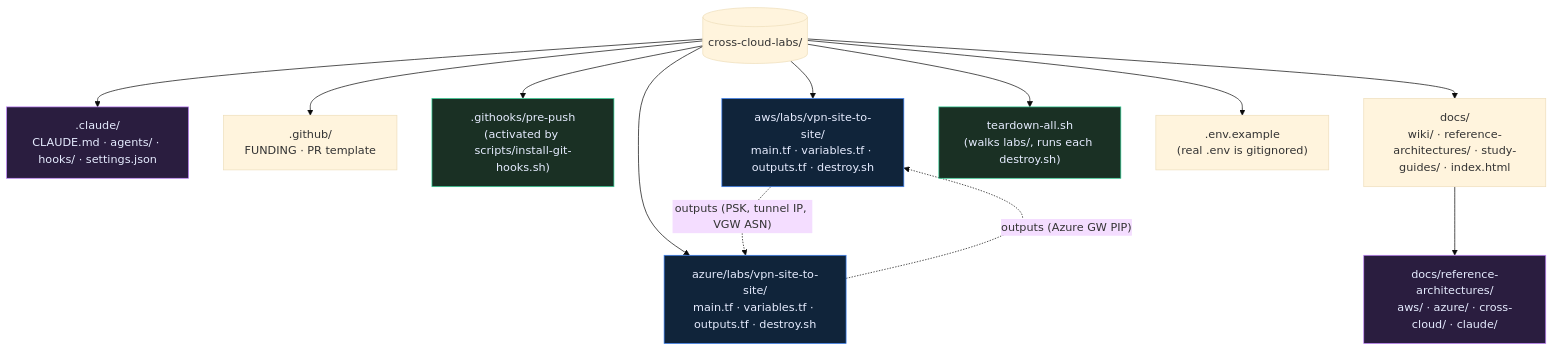
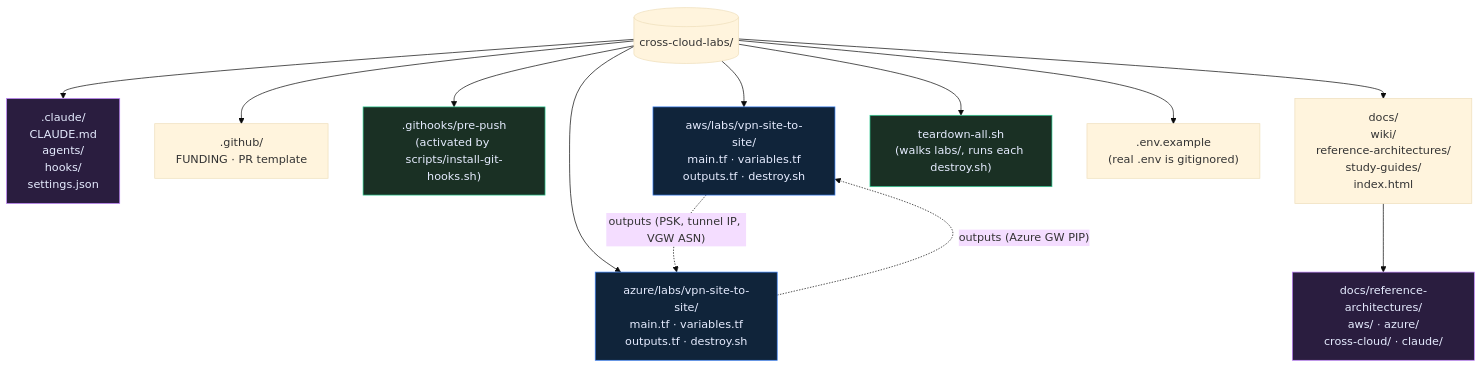
One commit to zanebarker-ops/cross-cloud-labs changed the second of 8 diagrams in README.md. Above: the diagram before and after it, drawn with Mermaid (base theme). The commit also changed other lines of this file and 1 other file, not shown here.

First line of the commit message:
docs: make all 8 diagrams fit their frames without horizontal scroll

````diff
--- a/README.md
+++ b/README.md
@@ -211,33 +211,33 @@
 ```mermaid
 flowchart TB
   ROOT[("cross-cloud-labs/")]
-  CLAUDE[".claude/<br/>CLAUDE.md · agents/ · hooks/ · settings.json"]
+  CLAUDE[".claude/<br/>CLAUDE.md<br/>agents/<br/>hooks/<br/>settings.json"]
   GH[".github/<br/>FUNDING · PR template"]
   HOOKS[".githooks/pre-push<br/>(activated by scripts/install-git-hooks.sh)"]
-  AWS_TF["aws/labs/vpn-site-to-site/<br/>main.tf · variables.tf · outputs.tf · destroy.sh"]
-  AZ_TF["azure/labs/vpn-site-to-site/<br/>main.tf · variables.tf · outputs.tf · destroy.sh"]
-  DOCS["docs/<br/>wiki/ · reference-architectures/ · study-guides/ · index.html"]
-  REFARCH["docs/reference-architectures/<br/>aws/ · azure/ · cross-cloud/ · claude/"]
+  AWS_TF["aws/labs/vpn-site-to-site/<br/>main.tf · variables.tf<br/>outputs.tf · destroy.sh"]
+  AZ_TF["azure/labs/vpn-site-to-site/<br/>main.tf · variables.tf<br/>outputs.tf · destroy.sh"]
+  DOCS["docs/<br/>wiki/<br/>reference-architectures/<br/>study-guides/<br/>index.html"]
+  REFARCH["docs/reference-architectures/<br/>aws/ · azure/<br/>cross-cloud/ · claude/"]
   TEAR["teardown-all.sh<br/>(walks labs/, runs each destroy.sh)"]
   ENV[".env.example<br/>(real .env is gitignored)"]
 
   ROOT --> CLAUDE
   ROOT --> GH
   ROOT --> HOOKS
   ROOT --> AWS_TF
   ROOT --> AZ_TF
   ROOT --> DOCS
   ROOT --> TEAR
   ROOT --> ENV
   DOCS --> REFARCH
 
   AWS_TF -. "outputs (PSK, tunnel IP, VGW ASN)" .-> AZ_TF
   AZ_TF -. "outputs (Azure GW PIP)" .-> AWS_TF
 
   classDef code fill:#10243a,stroke:#3b82f6,color:#e6ecff;
   classDef cl fill:#2a1d3f,stroke:#c084fc,color:#e6ecff;
   classDef ops fill:#1a3024,stroke:#34d399,color:#e6ecff;
   class AWS_TF,AZ_TF code;
   class CLAUDE,REFARCH cl;
   class HOOKS,TEAR ops;
 ```
````
